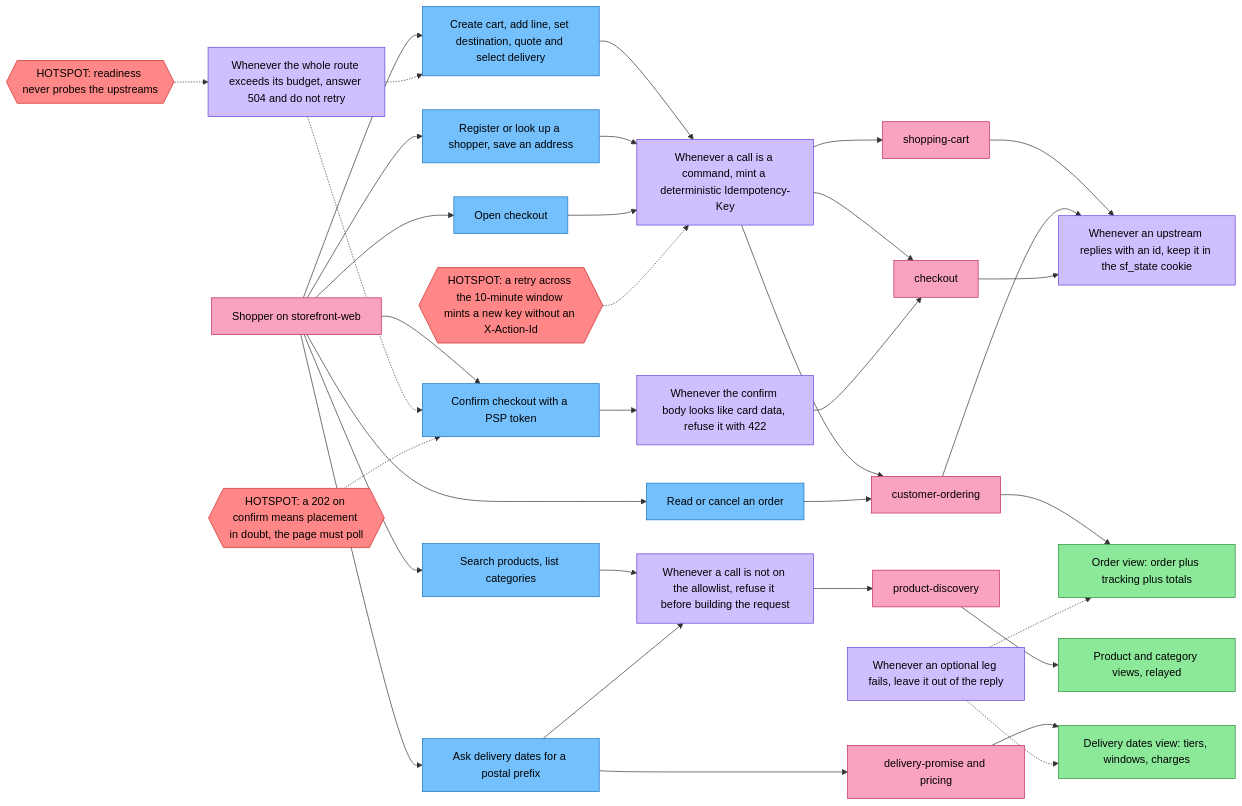
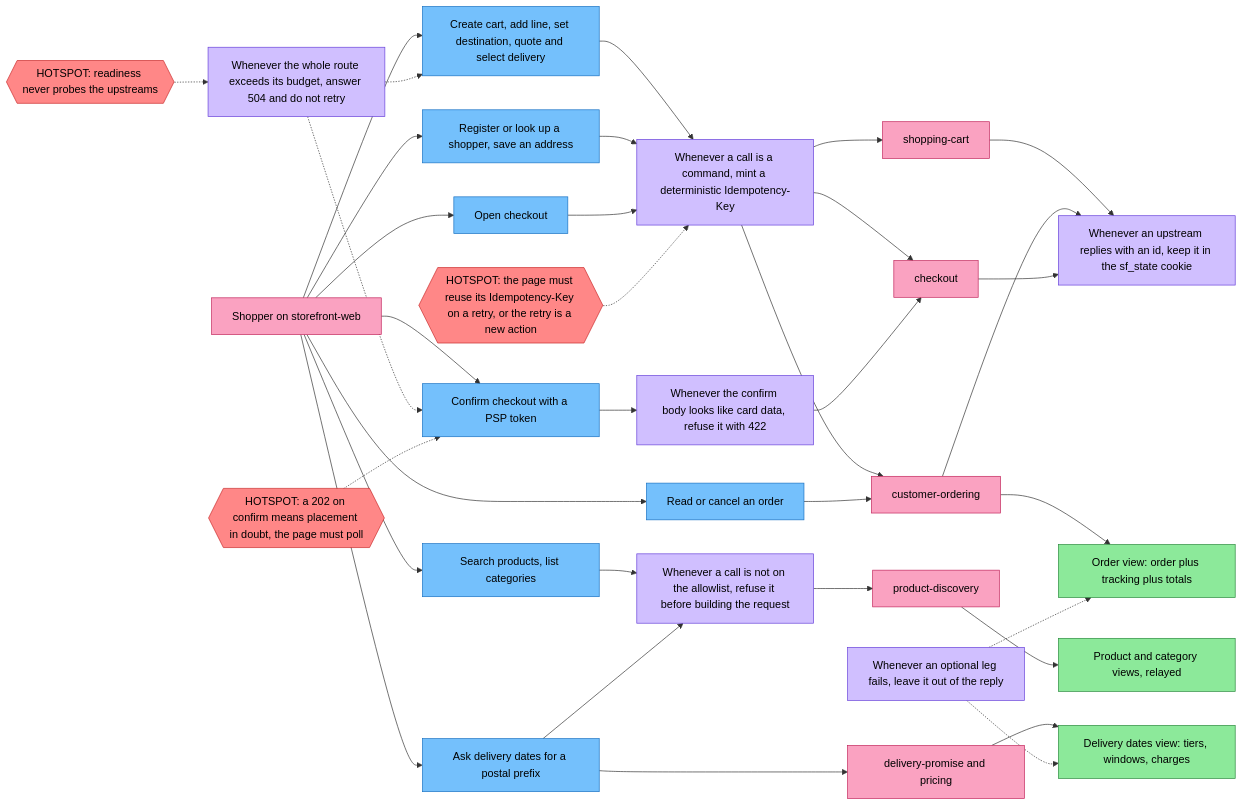
One commit to IQVO/storefront-bff changed the diagram in docs/docs/ddd/eventstorming.md. Above: the diagram before and after it, drawn with Mermaid. The commit also changed other lines of this file and 17 other files, not shown here.

Commit message:
docs: ADR 0006 adopt the fleet REST API guideline; new routes and Idempotency-Key in README and docs

````diff
--- a/docs/docs/ddd/eventstorming.md
+++ b/docs/docs/ddd/eventstorming.md
@@ -20,58 +20,58 @@
 ```mermaid
 flowchart LR
     classDef command fill:#74c0fc,stroke:#1971c2,color:#000
     classDef policy fill:#d0bfff,stroke:#6741d9,color:#000
     classDef ext fill:#faa2c1,stroke:#c2255c,color:#000
     classDef read fill:#8ce99a,stroke:#2b8a3e,color:#000
     classDef hot fill:#ff8787,stroke:#c92a2a,color:#000
 
     shopper["Shopper on storefront-web"]:::ext
 
     c1["Search products, list categories"]:::command
     c2["Ask delivery dates for a postal prefix"]:::command
     c3["Create cart, add line, set destination, quote and select delivery"]:::command
     c4["Open checkout"]:::command
     c5["Confirm checkout with a PSP token"]:::command
     c6["Read or cancel an order"]:::command
     c7["Register or look up a shopper, save an address"]:::command
 
     p1["Whenever a call is not on the allowlist, refuse it before building the request"]:::policy
     p2["Whenever a call is a command, mint a deterministic Idempotency-Key"]:::policy
     p3["Whenever the whole route exceeds its budget, answer 504 and do not retry"]:::policy
     p4["Whenever the confirm body looks like card data, refuse it with 422"]:::policy
     p5["Whenever an upstream replies with an id, keep it in the sf_state cookie"]:::policy
     p6["Whenever an optional leg fails, leave it out of the reply"]:::policy
 
     u1["product-discovery"]:::ext
     u2["delivery-promise and pricing"]:::ext
     u3["shopping-cart"]:::ext
     u4["checkout"]:::ext
     u5["customer-ordering"]:::ext
 
     r1["Product and category views, relayed"]:::read
     r2["Delivery dates view: tiers, windows, charges"]:::read
     r3["Order view: order plus tracking plus totals"]:::read
 
     h1{{"HOTSPOT: a 202 on confirm means placement in doubt, the page must poll"}}:::hot
     h2{{"HOTSPOT: readiness never probes the upstreams"}}:::hot
-    h3{{"HOTSPOT: a retry across the 10-minute window mints a new key without an X-Action-Id"}}:::hot
+    h3{{"HOTSPOT: the page must reuse its Idempotency-Key on a retry, or the retry is a new action"}}:::hot
 
     shopper --> c1 --> p1 --> u1 --> r1
     shopper --> c2 --> p1
     c2 --> u2 --> r2
     p6 -.-> r2
     shopper --> c3 --> p2 --> u3
     u3 --> p5
     shopper --> c7 --> p2 --> u5
     u5 --> p5
     shopper --> c4 --> p2 --> u4
     u4 --> p5
     shopper --> c5 --> p4 --> u4
     shopper --> c6 --> u5 --> r3
     p6 -.-> r3
     p3 -.-> c3
     p3 -.-> c5
     h1 -.-> c5
     h2 -.-> p3
     h3 -.-> p2
 ```
````
